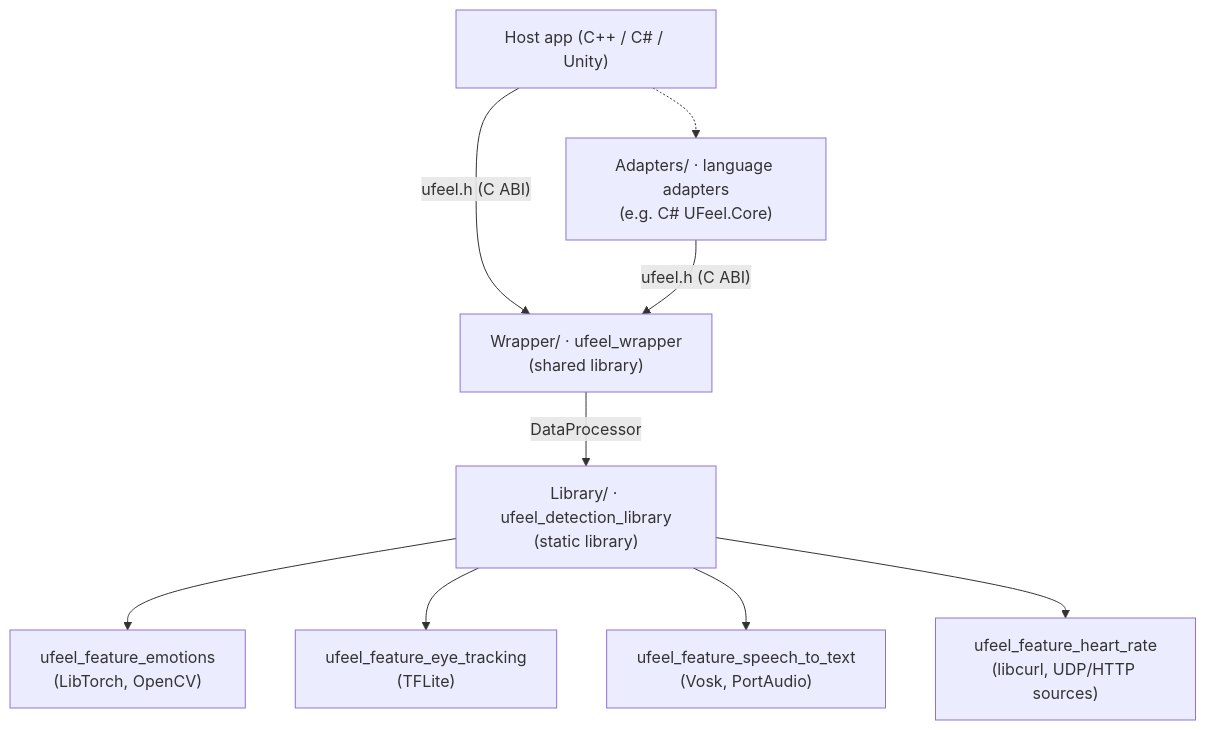
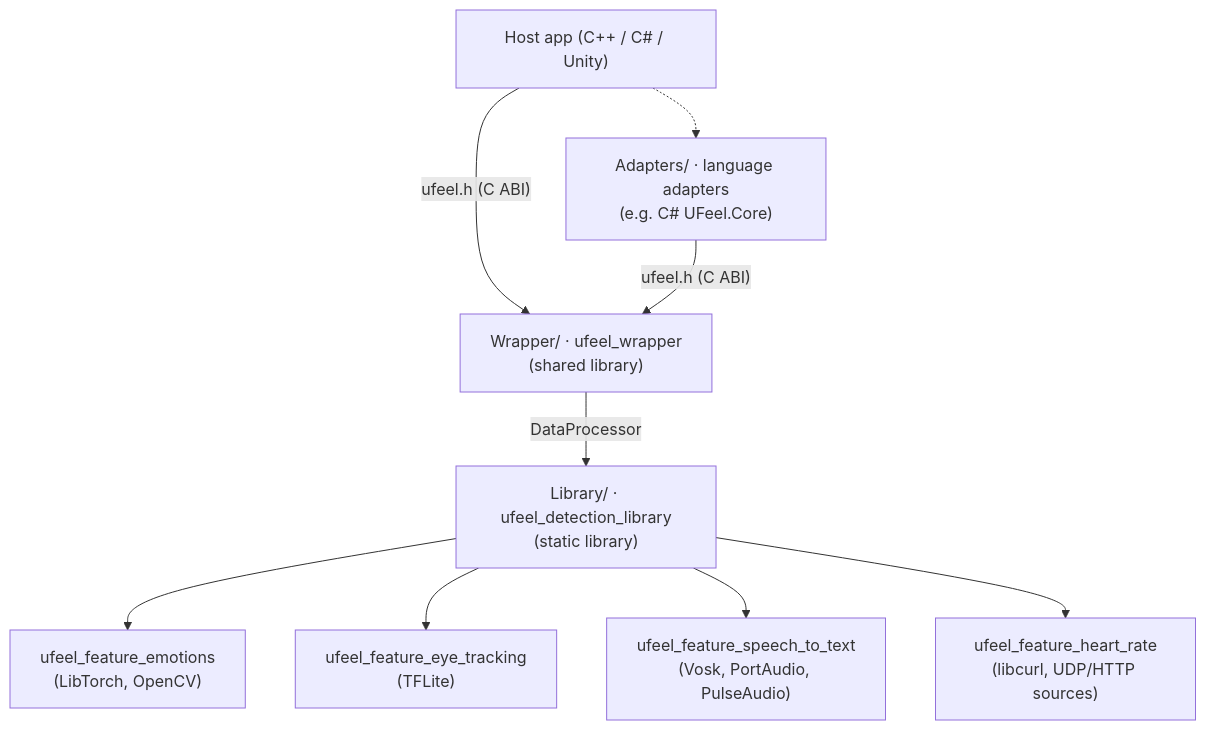
Before and after one commit to UFeel-dev/ufeel: the diagram in docs/architecture.md, drawn with Mermaid. The commit also changed 18 other files, not shown here.

Commit message:
feat: build PortAudio from source with PulseAudio support

````diff
--- a/docs/architecture.md
+++ b/docs/architecture.md
@@ -7,20 +7,20 @@
 ```mermaid
 flowchart TD
     Host["Host app (C++ / C# / Unity)"]
     Adapters["Adapters/ · language adapters<br/>(e.g. C# UFeel.Core)"]
     Wrapper["Wrapper/ · ufeel_wrapper<br/>(shared library)"]
     Library["Library/ · ufeel_detection_library<br/>(static library)"]
     Emotions["ufeel_feature_emotions<br/>(LibTorch, OpenCV)"]
     EyeTracking["ufeel_feature_eye_tracking<br/>(TFLite)"]
-    SpeechToText["ufeel_feature_speech_to_text<br/>(Vosk, PortAudio)"]
+    SpeechToText["ufeel_feature_speech_to_text<br/>(Vosk, PortAudio, PulseAudio)"]
     HeartRate["ufeel_feature_heart_rate<br/>(libcurl, UDP/HTTP sources)"]
 
     Host -->|"ufeel.h (C ABI)"| Wrapper
     Host -.-> Adapters
     Adapters -->|"ufeel.h (C ABI)"| Wrapper
     Wrapper -->|DataProcessor| Library
     Library --> Emotions
     Library --> EyeTracking
     Library --> SpeechToText
     Library --> HeartRate
 ```
````
